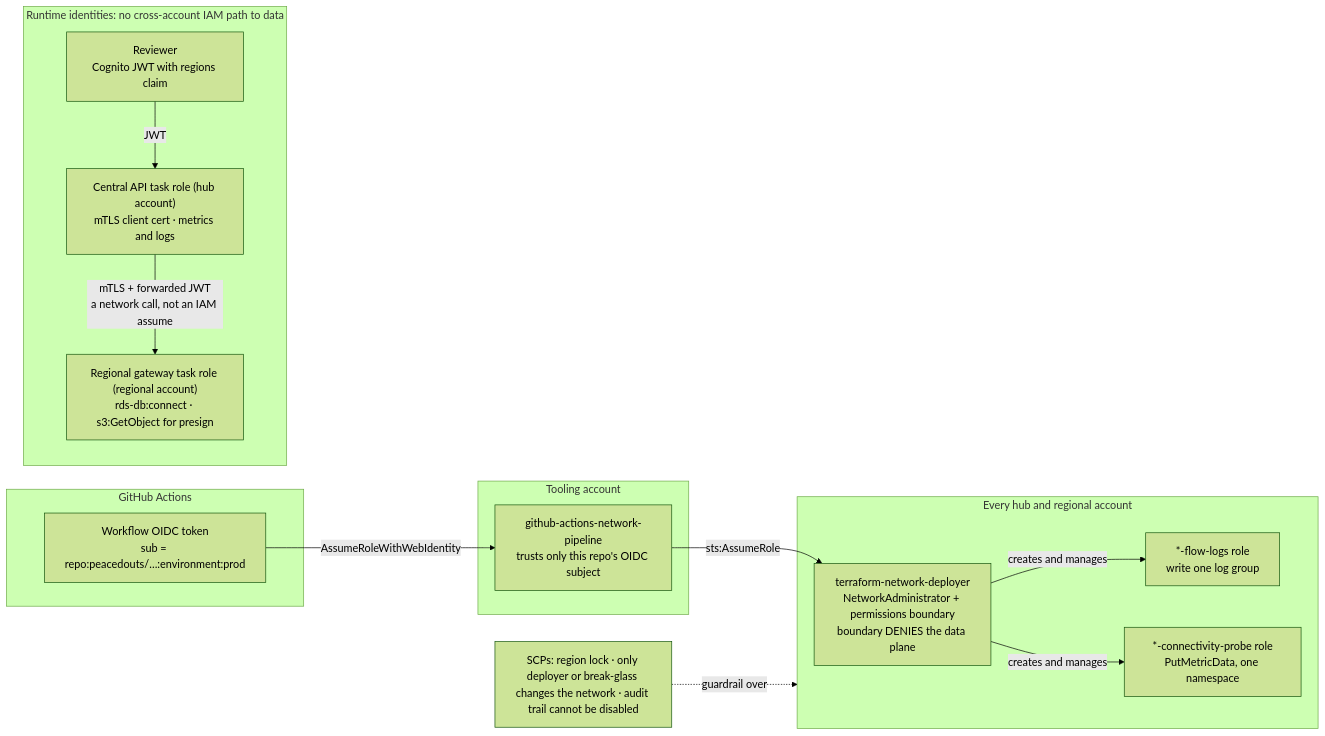
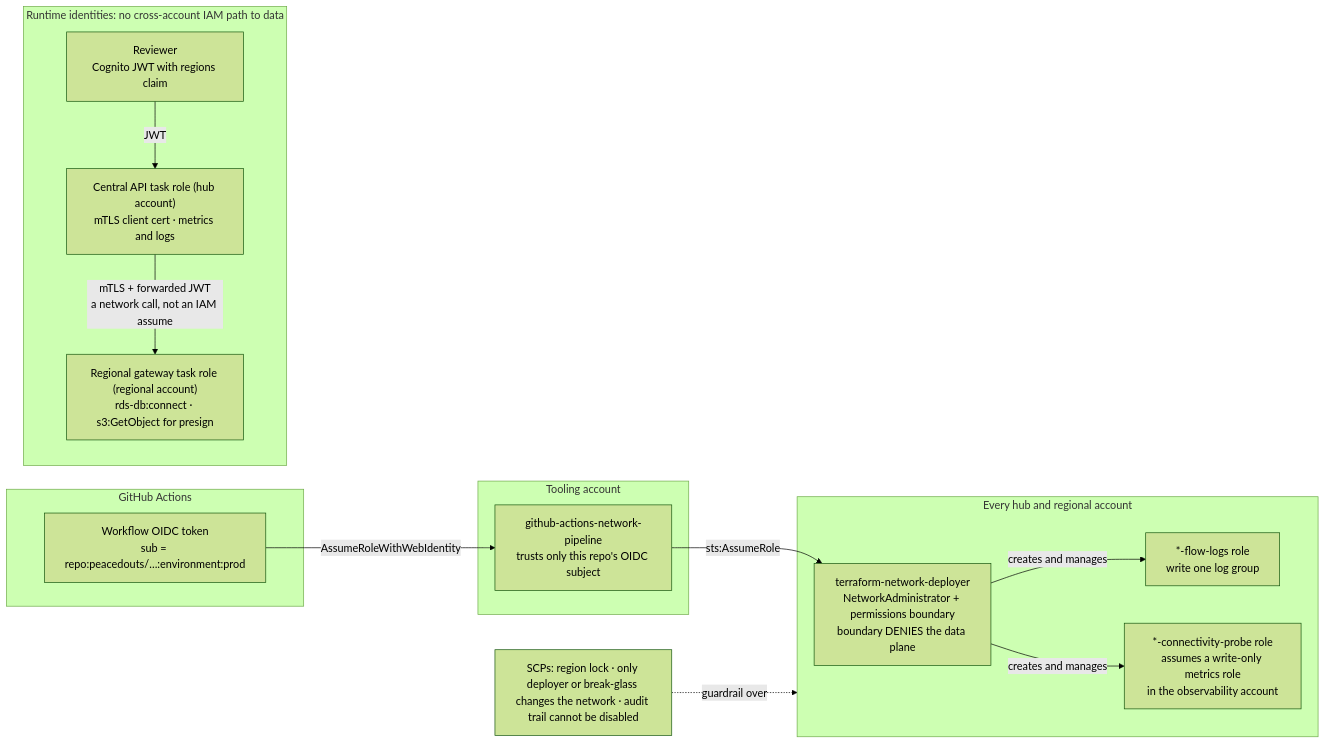
Before and after one commit to peacedouts/AWS-multi-region-observability-network: the fourth of 4 diagrams in docs/architecture.md, drawn with Mermaid (forest theme). The commit also changed other lines of this file and 3 other files, not shown here.

First line of the commit message:
Fix deployer boundary for metrics-writer role; align docs with account split

````diff
--- a/docs/architecture.md
+++ b/docs/architecture.md
@@ -248,29 +248,29 @@
 ```mermaid
 flowchart LR
     subgraph GH["GitHub Actions"]
         oidc["Workflow OIDC token<br/>sub = repo:peacedouts/…:environment:prod"]
     end
     subgraph TOOL["Tooling account"]
         pipe["github-actions-network-pipeline<br/>trusts only this repo's OIDC subject"]
     end
     subgraph EACH["Every hub and regional account"]
         dep["terraform-network-deployer<br/>NetworkAdministrator + permissions boundary<br/>boundary DENIES the data plane"]
         fl["*-flow-logs role<br/>write one log group"]
-        pr["*-connectivity-probe role<br/>PutMetricData, one namespace"]
+        pr["*-connectivity-probe role<br/>assumes a write-only metrics role<br/>in the observability account"]
     end
     oidc -- "AssumeRoleWithWebIdentity" --> pipe
     pipe -- "sts:AssumeRole" --> dep
     dep -- "creates and manages" --> fl
     dep -- "creates and manages" --> pr
 
     subgraph RT["Runtime identities: no cross-account IAM path to data"]
         rev["Reviewer<br/>Cognito JWT with regions claim"]
         capi["Central API task role (hub account)<br/>mTLS client cert · metrics and logs"]
         gw["Regional gateway task role (regional account)<br/>rds-db:connect · s3:GetObject for presign"]
     end
     rev -- "JWT" --> capi
     capi -- "mTLS + forwarded JWT<br/>a network call, not an IAM assume" --> gw
 
     scp["SCPs: region lock · only deployer or break-glass changes the network · audit trail cannot be disabled"]
     scp -. "guardrail over" .-> EACH
 ```
````
